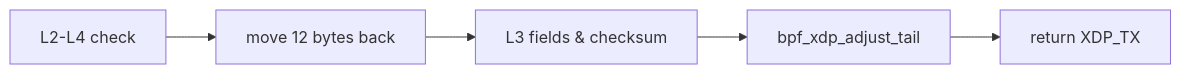
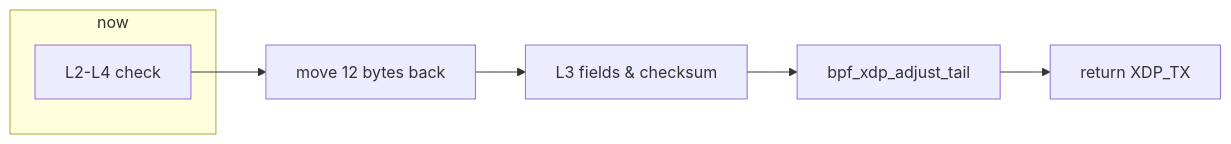
Before and after one commit to myl7/xdptun: the sixth of 9 diagrams in docs/gradpro/weeklypre/slides.md, drawn with Mermaid. The commit also changed other lines of this file, not shown here.

````diff
--- a/docs/gradpro/weeklypre/slides.md
+++ b/docs/gradpro/weeklypre/slides.md
@@ -124,4 +273,7 @@
 ```mermaid
 flowchart LR
   S1[L2-L4 check] --> S2[move 12 bytes back] --> S3[L3 fields & checksum] --> S4[bpf_xdp_adjust_tail] --> S5[return XDP_TX]
+  subgraph now
+    S1
+  end
 ```
````
